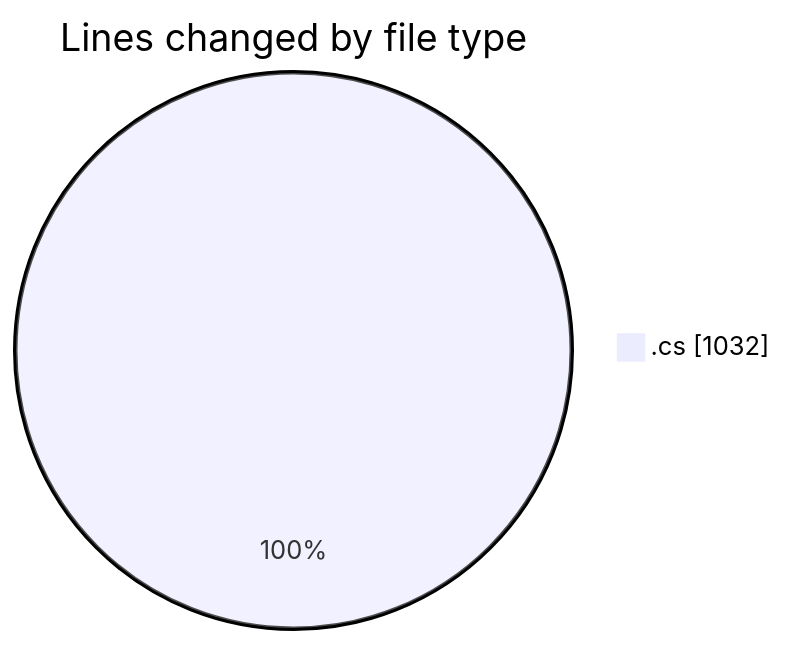
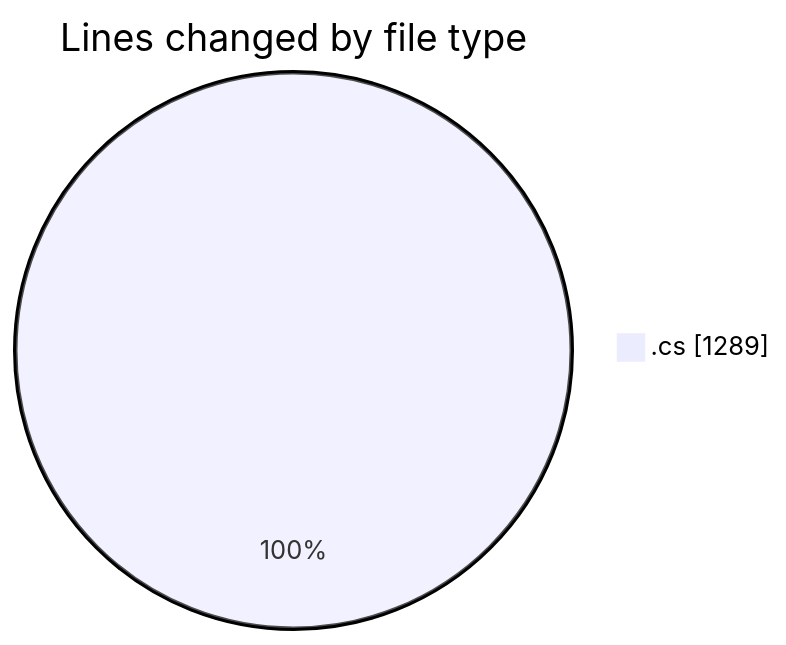
Before and after one commit to Netris89/code-tracking: the first of 2 diagrams in 2025-04-01/back-end/README.md, drawn with Mermaid. The commit also changed other lines of this file and 1 other file, not shown here.

````diff
--- a/2025-04-01/back-end/README.md
+++ b/2025-04-01/back-end/README.md
@@ -24,5 +25,5 @@
 ```mermaid
 pie showData
 title Lines changed by file type
-".cs" : 1032
+".cs" : 1289
 ```
````
